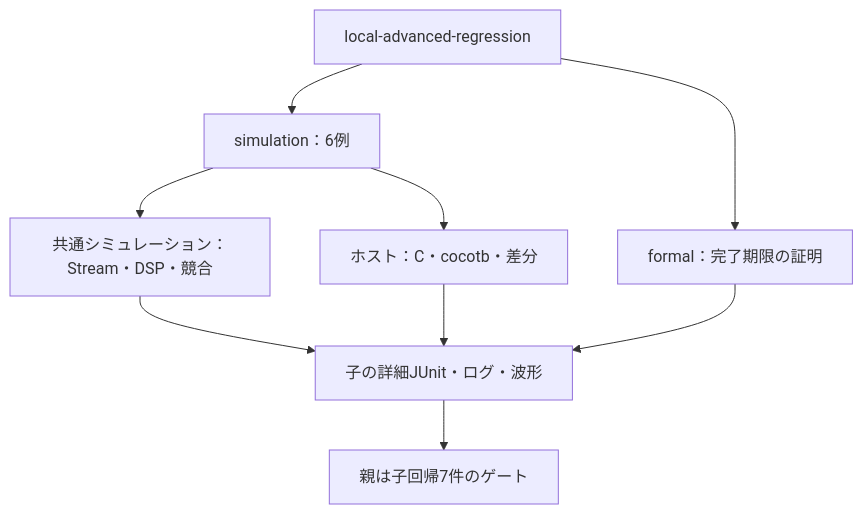
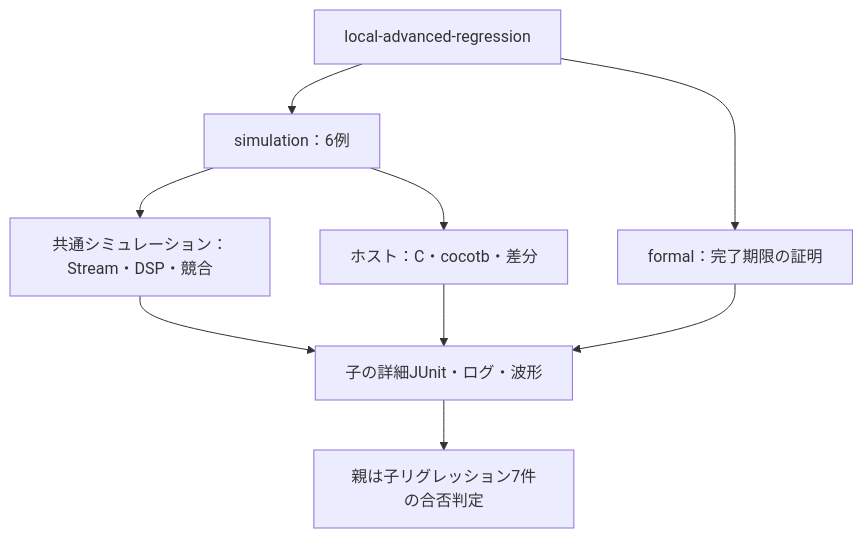
One commit to kurochan001/lsi-verification-method changed the diagram in examples/local-advanced-regression/README.md. Above: the diagram before and after it, drawn with Mermaid. The commit also changed other lines of this file and 91 other files, not shown here.

````diff
--- a/examples/local-advanced-regression/README.md
+++ b/examples/local-advanced-regression/README.md
@@ -17,13 +17,13 @@
 ```mermaid
 flowchart TD
   accTitle: 7例の実行範囲と集計階層
-  accDescr: simulationは6例、formalは完了期限1例を選び、親は各子回帰の結果を集約します。
+  accDescr: simulationは6例、formalは完了期限1例を選び、親は各子リグレッションの結果を集約します。
   P["local-advanced-regression"] --> S["simulation：6例"]
   P --> F["formal：完了期限の証明"]
   S --> C["共通シミュレーション：Stream・DSP・競合"]
   S --> H["ホスト：C・cocotb・差分"]
   C --> E["子の詳細JUnit・ログ・波形"]
   H --> E
   F --> E
-  E --> G["親は子回帰7件のゲート"]
+  E --> G["親は子リグレッション7件の合否判定"]
 ```
````
